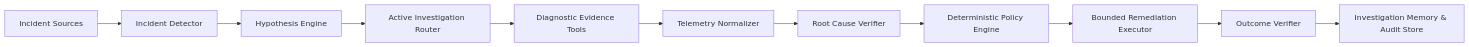
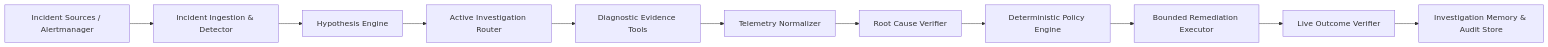
The second of 2 diagrams in README.md (Vaibhav20k/RCAI), drawn with Mermaid before and after one commit. The commit also changed other lines of this file and 3 other files, not shown here.

````diff
--- a/README.md
+++ b/README.md
@@ -80,13 +107,13 @@
 ```mermaid
 flowchart LR
-    A[Incident Sources] --> B[Incident Detector]
+    A[Incident Sources / Alertmanager] --> B[Incident Ingestion & Detector]
     B --> C[Hypothesis Engine]
     C --> D[Active Investigation Router]
     D --> E[Diagnostic Evidence Tools]
     E --> F[Telemetry Normalizer]
     F --> G[Root Cause Verifier]
     G --> H[Deterministic Policy Engine]
     H --> I[Bounded Remediation Executor]
-    I --> J[Outcome Verifier]
+    I --> J[Live Outcome Verifier]
     J --> K[Investigation Memory & Audit Store]
 ```
````
